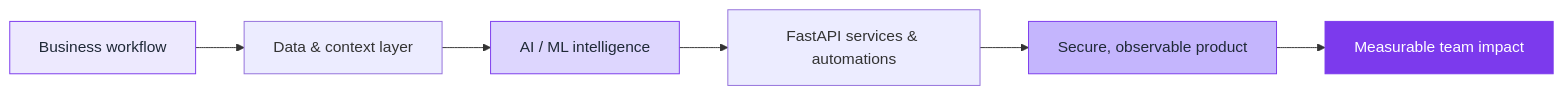
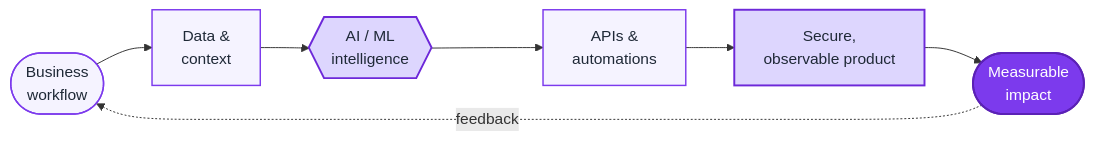
Before and after one commit to Shweta-Mishra-ai/Shweta-Mishra-ai: the diagram in README.md, drawn with Mermaid.

Commit message:
Refine build flow diagram styling

````diff
--- a/README.md
+++ b/README.md
@@ -39,13 +39,16 @@
 ```mermaid
 flowchart LR
-    A[Business workflow] --> B[Data & context layer]
-    B --> C[AI / ML intelligence]
-    C --> D[FastAPI services & automations]
-    D --> E[Secure, observable product]
-    E --> F[Measurable team impact]
+    A([Business<br/>workflow]) --> B[Data &<br/>context]
+    B --> C{{AI / ML<br/>intelligence}}
+    C --> D[APIs &<br/>automations]
+    D --> E[Secure,<br/>observable product]
+    E --> F([Measurable<br/>impact])
+    F -. feedback .-> A
 
-    style A fill:#ede9fe,stroke:#7c3aed,color:#1f2937
-    style C fill:#ddd6fe,stroke:#7c3aed,color:#1f2937
-    style E fill:#c4b5fd,stroke:#7c3aed,color:#1f2937
-    style F fill:#7c3aed,stroke:#7c3aed,color:#ffffff
+    classDef soft fill:#f5f3ff,stroke:#7c3aed,stroke-width:1.5px,color:#1f2937
+    classDef core fill:#ddd6fe,stroke:#6d28d9,stroke-width:2px,color:#1f2937
+    classDef goal fill:#7c3aed,stroke:#5b21b6,stroke-width:2px,color:#ffffff
+    class A,B,D soft
+    class C,E core
+    class F goal
 ```
````
